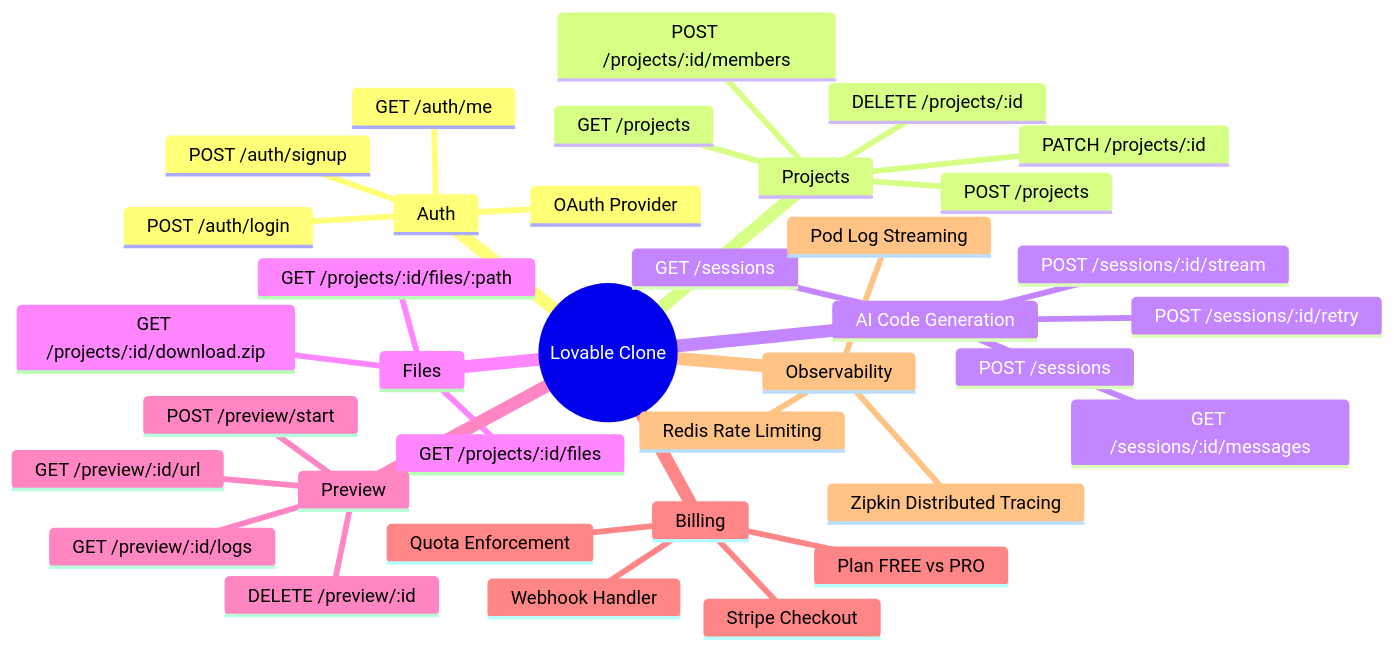
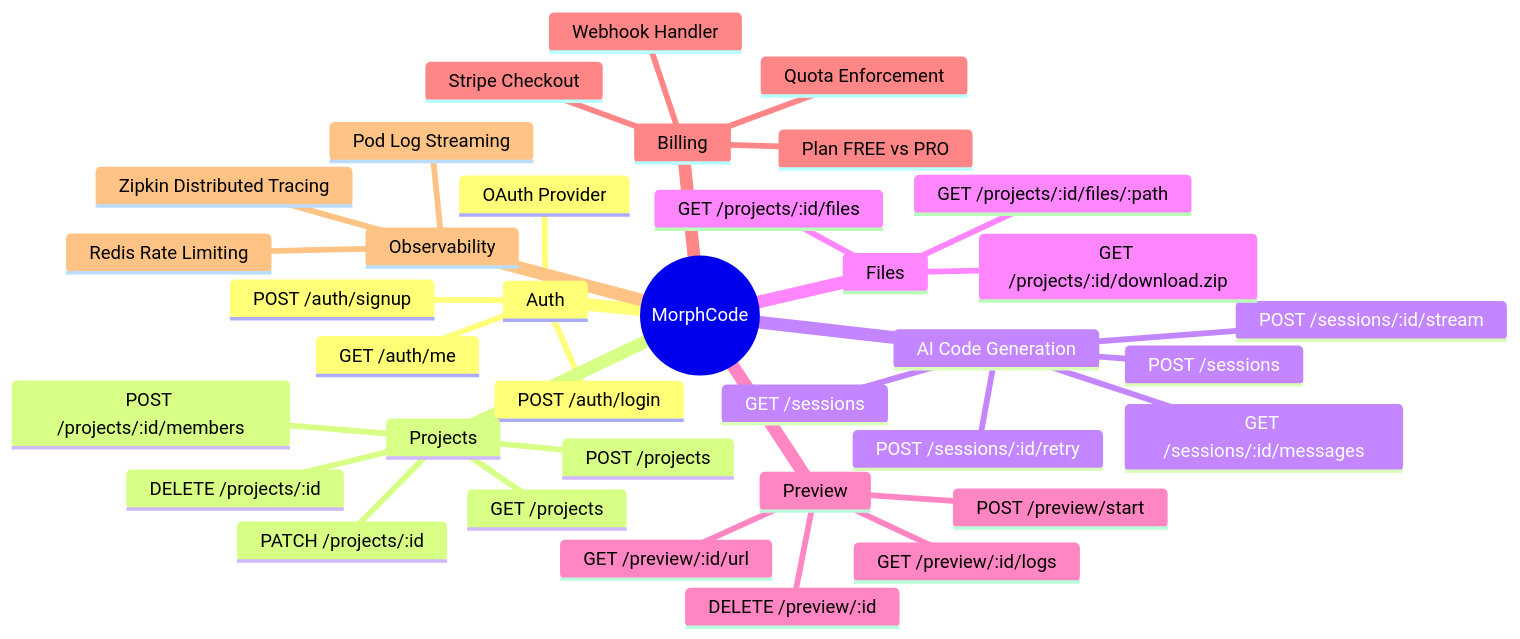
Diagram 14 of 14 in Diagrams/project-architecture.md (ayush303/morphcode), drawn with Mermaid before and after one commit. The commit also changed other lines of this file and 20 other files, not shown here.

````diff
--- a/Diagrams/project-architecture.md
+++ b/Diagrams/project-architecture.md
@@ -864,39 +864,39 @@
 ```mermaid
 mindmap
-  root((Lovable Clone))
+  root((MorphCode))
     Auth
       POST /auth/signup
       POST /auth/login
       GET /auth/me
       OAuth Provider
     Projects
       POST /projects
       GET /projects
       PATCH /projects/:id
       DELETE /projects/:id
       POST /projects/:id/members
     AI Code Generation
       POST /sessions
       GET /sessions
       GET /sessions/:id/messages
       POST /sessions/:id/stream
       POST /sessions/:id/retry
     Files
       GET /projects/:id/files
       GET /projects/:id/files/:path
       GET /projects/:id/download.zip
     Preview
       POST /preview/start
       GET /preview/:id/url
       GET /preview/:id/logs
       DELETE /preview/:id
     Billing
       Stripe Checkout
       Webhook Handler
       Quota Enforcement
       Plan FREE vs PRO
     Observability
       Zipkin Distributed Tracing
       Redis Rate Limiting
       Pod Log Streaming
 ```
````
